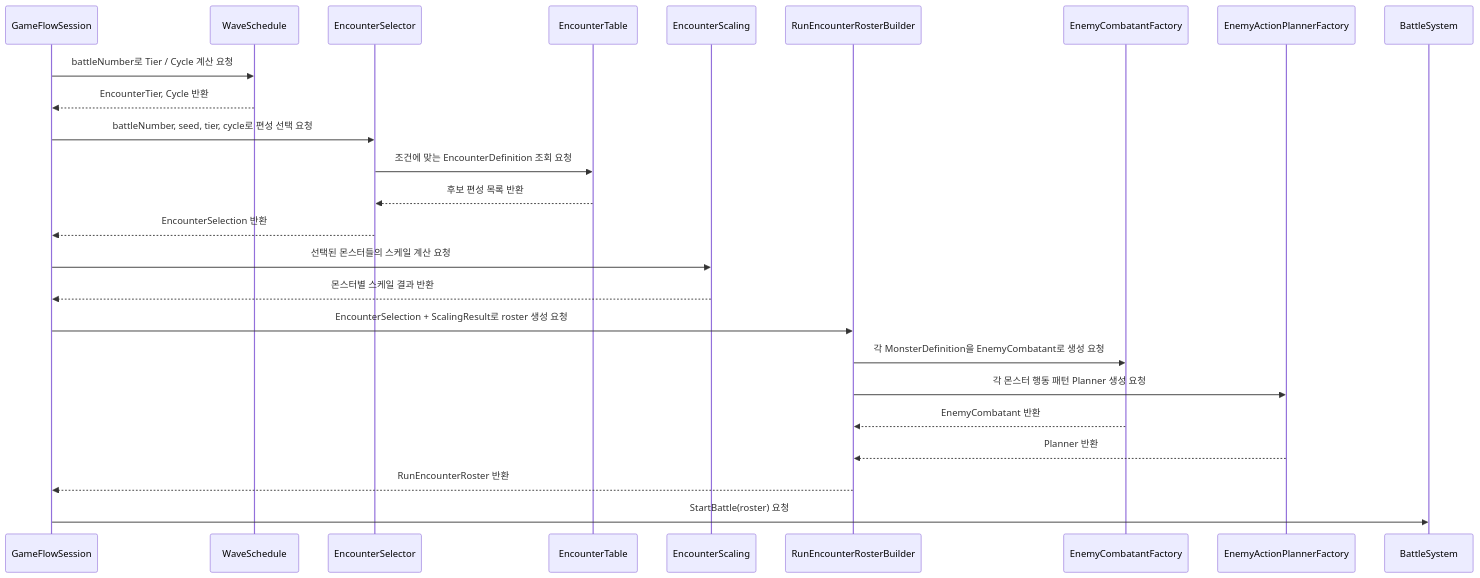
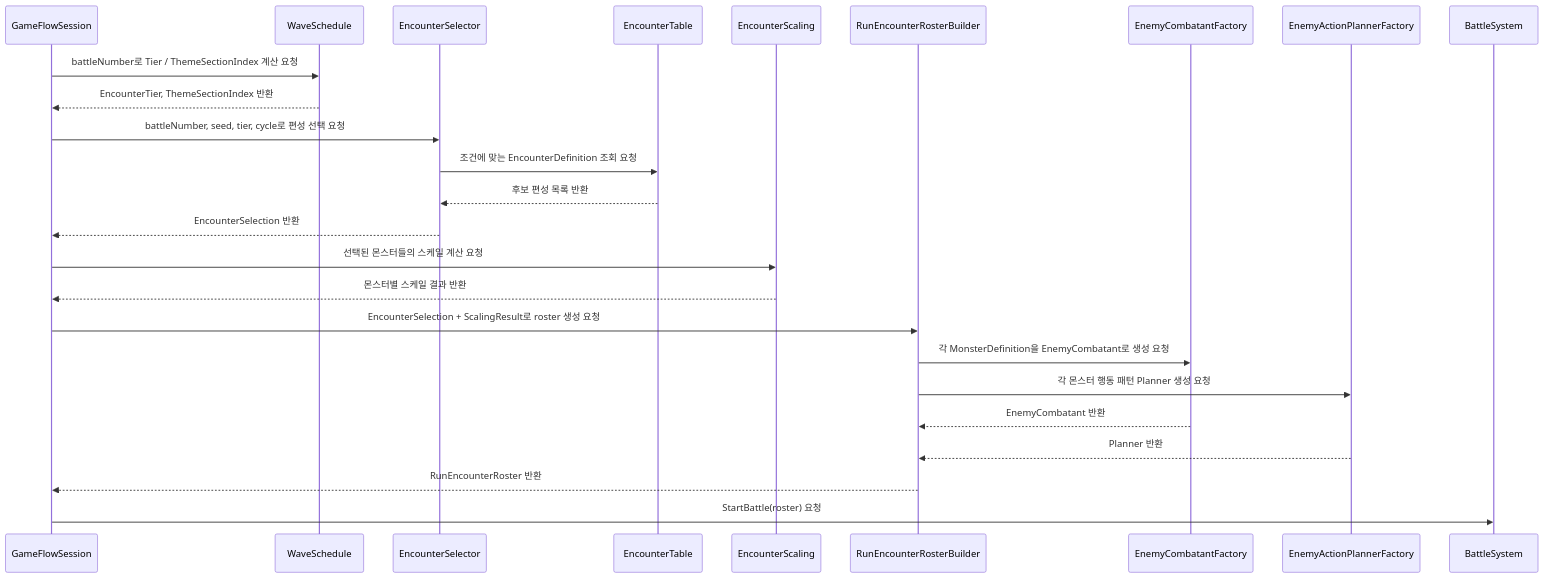
Before and after one commit to YooKyubin/SlotRogue: the third of 4 diagrams in docs/exec-plans/active/feature-rule-based-encounter-selection.md, drawn with Mermaid. The commit also changed other lines of this file and 23 other files, not shown here.

````diff
--- a/docs/exec-plans/active/feature-rule-based-encounter-selection.md
+++ b/docs/exec-plans/active/feature-rule-based-encounter-selection.md
@@ -85,32 +85,32 @@
 ```mermaid
 sequenceDiagram
     participant Session as GameFlowSession
     participant Schedule as WaveSchedule
     participant Selector as EncounterSelector
     participant Table as EncounterTable
     participant Scaling as EncounterScaling
     participant Builder as RunEncounterRosterBuilder
     participant CombatantFactory as EnemyCombatantFactory
     participant PlannerFactory as EnemyActionPlannerFactory
     participant Battle as BattleSystem
 
-    Session->>Schedule: battleNumber로 Tier / Cycle 계산 요청
-    Schedule-->>Session: EncounterTier, Cycle 반환
+    Session->>Schedule: battleNumber로 Tier / ThemeSectionIndex 계산 요청
+    Schedule-->>Session: EncounterTier, ThemeSectionIndex 반환
 
     Session->>Selector: battleNumber, seed, tier, cycle로 편성 선택 요청
     Selector->>Table: 조건에 맞는 EncounterDefinition 조회 요청
     Table-->>Selector: 후보 편성 목록 반환
     Selector-->>Session: EncounterSelection 반환
 
     Session->>Scaling: 선택된 몬스터들의 스케일 계산 요청
     Scaling-->>Session: 몬스터별 스케일 결과 반환
 
     Session->>Builder: EncounterSelection + ScalingResult로 roster 생성 요청
     Builder->>CombatantFactory: 각 MonsterDefinition을 EnemyCombatant로 생성 요청
     Builder->>PlannerFactory: 각 몬스터 행동 패턴 Planner 생성 요청
     CombatantFactory-->>Builder: EnemyCombatant 반환
     PlannerFactory-->>Builder: Planner 반환
 
     Builder-->>Session: RunEncounterRoster 반환
     Session->>Battle: StartBattle(roster) 요청
 ```
````
